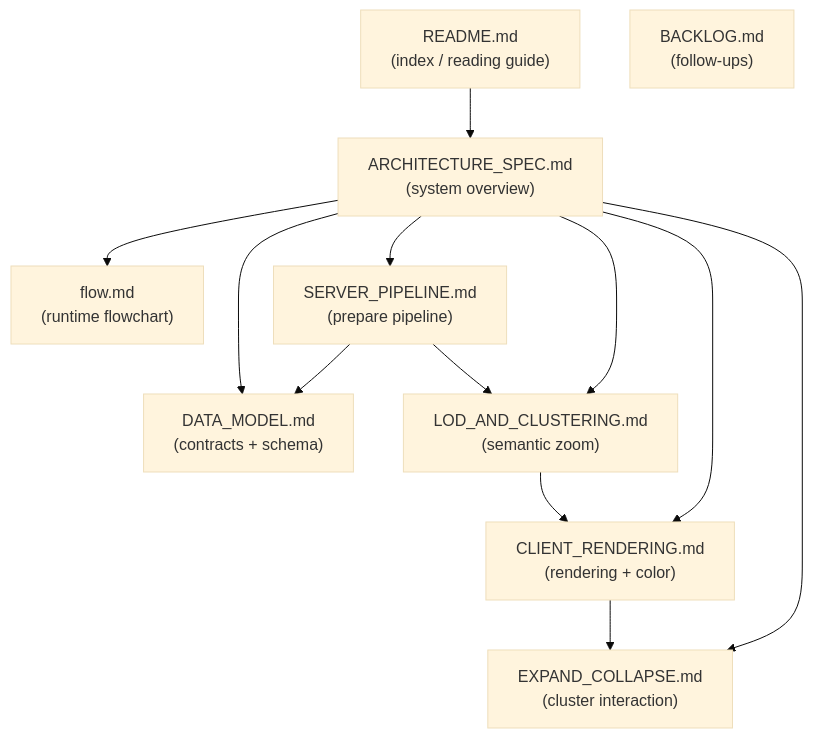
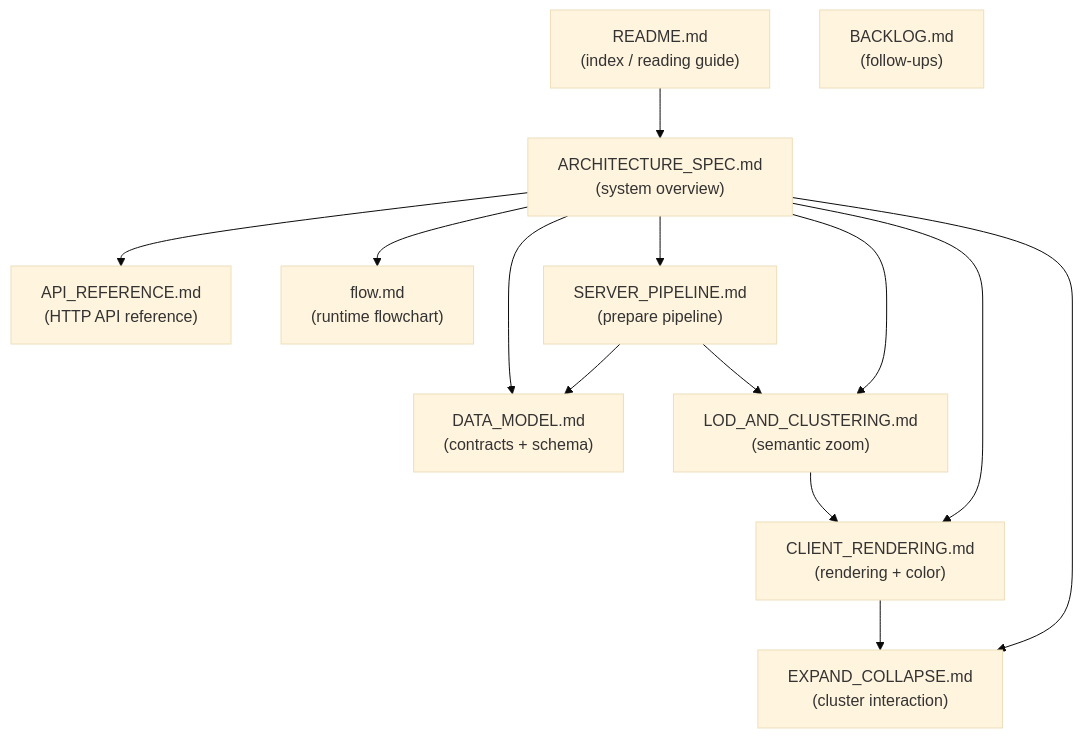
Before and after one commit to phyloviz/phylo-lens: the diagram in docs/README.md, drawn with Mermaid (base theme). The commit also changed other lines of this file and 2 other files, not shown here.

First line of the commit message:
docs: add field-level API reference for /api/v2/graph (Task 10)

````diff
--- a/docs/README.md
+++ b/docs/README.md
@@ -32,24 +33,26 @@
 ```mermaid
 flowchart TD
   README["README.md<br/>(index / reading guide)"]
   ARCH["ARCHITECTURE_SPEC.md<br/>(system overview)"]
+  API["API_REFERENCE.md<br/>(HTTP API reference)"]
   FLOW["flow.md<br/>(runtime flowchart)"]
   DATA["DATA_MODEL.md<br/>(contracts + schema)"]
   PIPE["SERVER_PIPELINE.md<br/>(prepare pipeline)"]
   LOD["LOD_AND_CLUSTERING.md<br/>(semantic zoom)"]
   CLIENT["CLIENT_RENDERING.md<br/>(rendering + color)"]
   EC["EXPAND_COLLAPSE.md<br/>(cluster interaction)"]
   BACKLOG["BACKLOG.md<br/>(follow-ups)"]
 
   README --> ARCH
+  ARCH --> API
   ARCH --> FLOW
   ARCH --> DATA
   ARCH --> PIPE
   ARCH --> LOD
   ARCH --> CLIENT
   ARCH --> EC
   PIPE --> DATA
   PIPE --> LOD
   LOD --> CLIENT
   CLIENT --> EC
 ```
````
